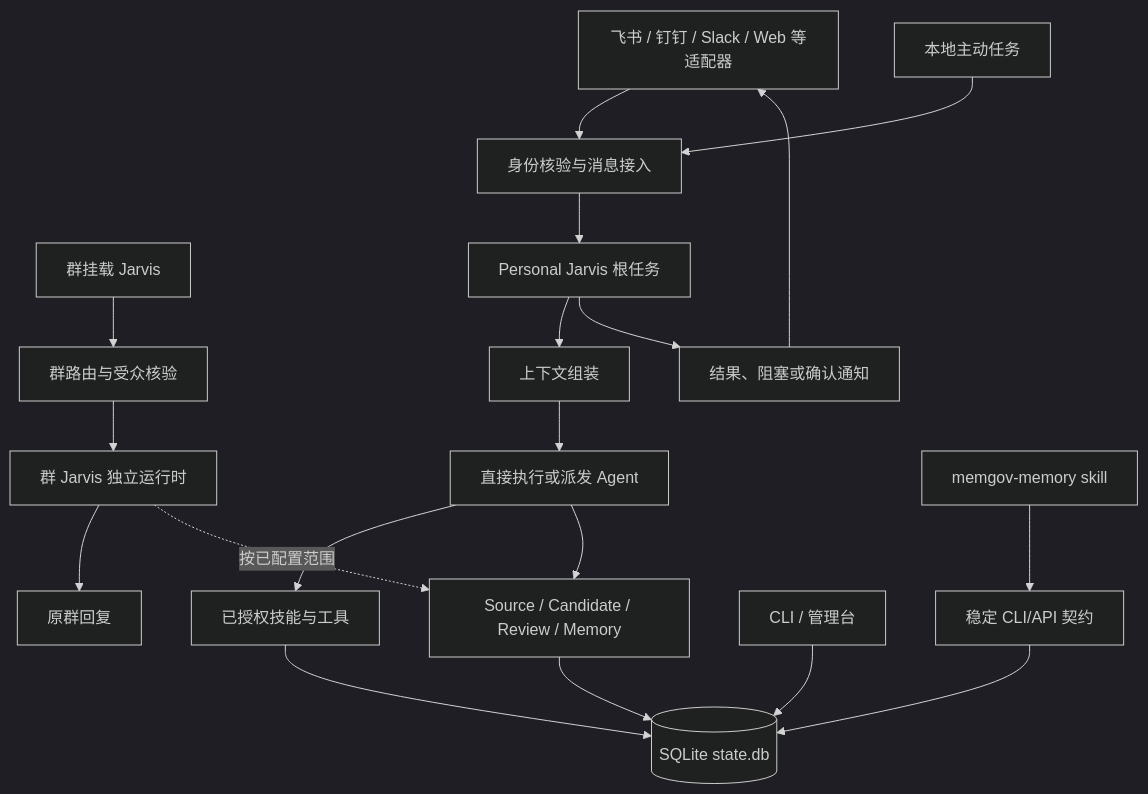
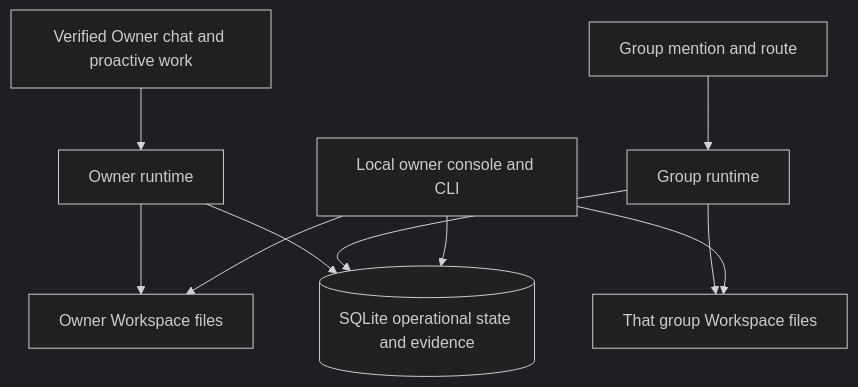
Before and after one commit to zhoushoujianwork/memgov: the diagram in docs/architecture/architecture.md, drawn with Mermaid (dark theme). The commit also changed other lines of this file and 245 other files, not shown here.

````diff
--- a/docs/architecture/architecture.md
+++ b/docs/architecture/architecture.md
@@ -17,21 +17,12 @@
 ```mermaid
 flowchart TD
-  Platform[飞书 / 钉钉 / Slack / Web 等适配器] --> Intake[身份核验与消息接入]
-  Local[本地主动任务] --> Intake
-  Group[群挂载 Jarvis] --> GroupIntake[群路由与受众核验]
-  Intake --> Root[Personal Jarvis 根任务]
-  Root --> Context[上下文组装]
-  Context --> Dispatch[直接执行或派发 Agent]
-  Dispatch --> Tools[已授权技能与工具]
-  Dispatch --> Evidence[Source / Candidate / Review / Memory]
-  Evidence --> DB[(SQLite state.db)]
-  Tools --> DB
-  Root --> Notify[结果、阻塞或确认通知]
-  Notify --> Platform
-  GroupIntake --> GroupRuntime[群 Jarvis 独立运行时]
-  GroupRuntime --> GroupReply[原群回复]
-  GroupRuntime -.按已配置范围.-> Evidence
-  CLI[CLI / 管理台] --> DB
-  Skill[memgov-memory skill] --> Contract[稳定 CLI/API 契约]
-  Contract --> DB
+  Owner[Verified Owner chat and proactive work] --> OwnerRuntime[Owner runtime]
+  Group[Group mention and route] --> GroupRuntime[Group runtime]
+  OwnerRuntime --> OwnerFiles[Owner Workspace files]
+  GroupRuntime --> GroupFiles[That group Workspace files]
+  OwnerRuntime --> State[(SQLite operational state and evidence)]
+  GroupRuntime --> State
+  Console[Local owner console and CLI] --> OwnerFiles
+  Console --> GroupFiles
+  Console --> State
 ```
````
